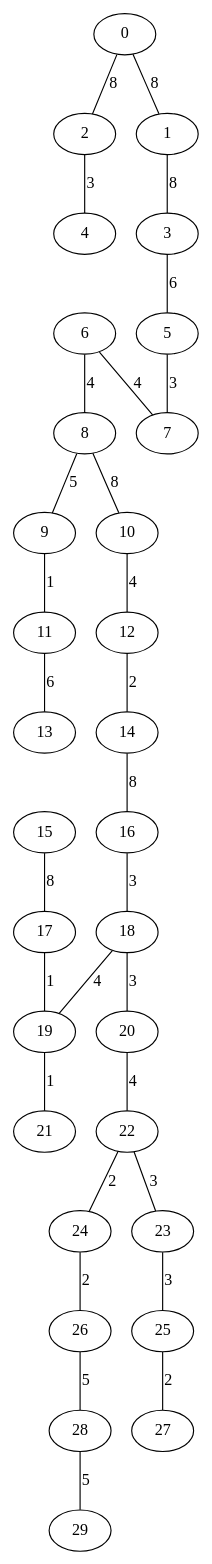
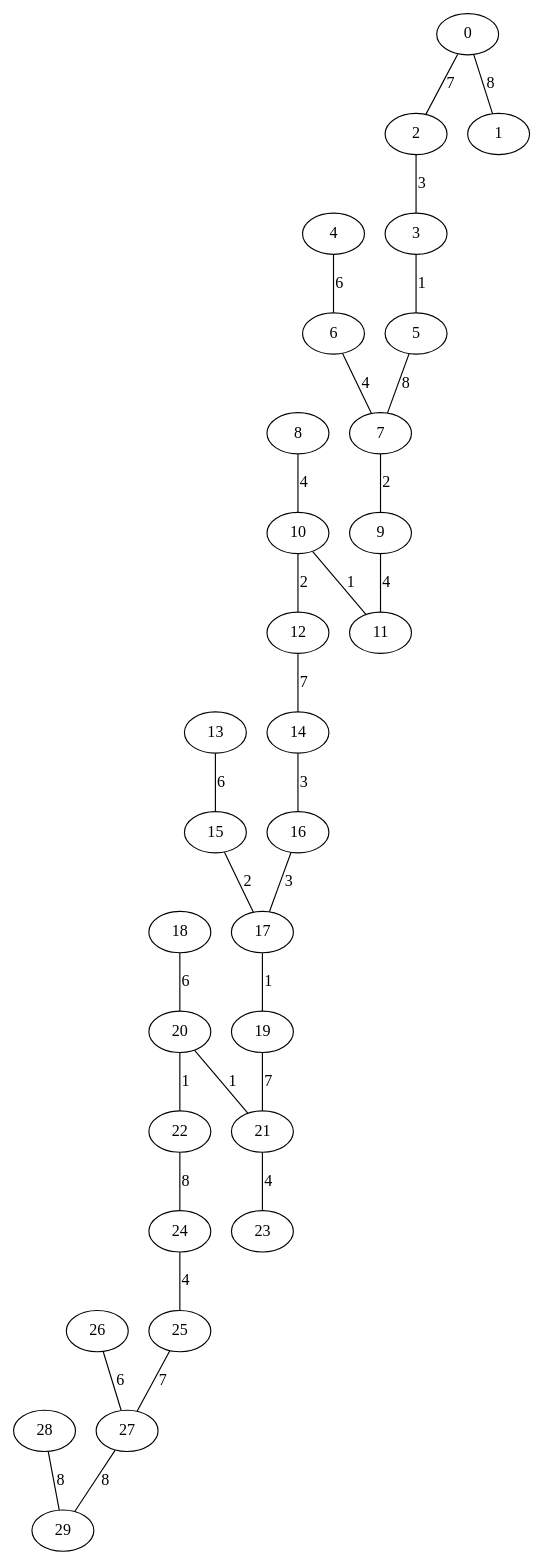
The diagram in gv/Mesh_30_Prim.gv (OmarAlejandroLinares/ProyectoDAA), drawn with Graphviz before and after one commit. The commit also changed 72 other files, not shown here.

```diff
--- a/gv/Mesh_30_Prim.gv
+++ b/gv/Mesh_30_Prim.gv
@@ -1,61 +1,61 @@
 graph {
-	9 [label=9]
+	3 [label=3]
+	5 [label=5]
+	10 [label=10]
 	11 [label=11]
 	17 [label=17]
 	19 [label=19]
+	20 [label=20]
+	22 [label=22]
 	21 [label=21]
+	7 [label=7]
+	9 [label=9]
 	12 [label=12]
+	15 [label=15]
+	2 [label=2]
 	14 [label=14]
-	22 [label=22]
-	24 [label=24]
-	26 [label=26]
-	25 [label=25]
-	27 [label=27]
-	2 [label=2]
-	4 [label=4]
-	5 [label=5]
-	7 [label=7]
 	16 [label=16]
-	18 [label=18]
-	20 [label=20]
-	23 [label=23]
 	6 [label=6]
 	8 [label=8]
-	10 [label=10]
-	28 [label=28]
-	29 [label=29]
-	3 [label=3]
+	23 [label=23]
+	24 [label=24]
+	25 [label=25]
+	4 [label=4]
 	13 [label=13]
+	18 [label=18]
+	26 [label=26]
+	27 [label=27]
 	0 [label=0]
 	1 [label=1]
-	15 [label=15]
-	9 -- 11 [label=1]
+	29 [label=29]
+	28 [label=28]
+	3 -- 5 [label=1]
+	10 -- 11 [label=1]
 	17 -- 19 [label=1]
-	19 -- 21 [label=1]
-	12 -- 14 [label=2]
-	22 -- 24 [label=2]
-	24 -- 26 [label=2]
-	25 -- 27 [label=2]
-	2 -- 4 [label=3]
-	5 -- 7 [label=3]
-	16 -- 18 [label=3]
-	18 -- 20 [label=3]
-	22 -- 23 [label=3]
-	23 -- 25 [label=3]
-	6 -- 8 [label=4]
+	20 -- 22 [label=1]
+	20 -- 21 [label=1]
+	7 -- 9 [label=2]
+	10 -- 12 [label=2]
+	15 -- 17 [label=2]
+	2 -- 3 [label=3]
+	14 -- 16 [label=3]
+	16 -- 17 [label=3]
 	6 -- 7 [label=4]
-	10 -- 12 [label=4]
-	18 -- 19 [label=4]
-	20 -- 22 [label=4]
-	8 -- 9 [label=5]
-	26 -- 28 [label=5]
-	28 -- 29 [label=5]
-	3 -- 5 [label=6]
-	11 -- 13 [label=6]
-	0 -- 2 [label=8]
+	8 -- 10 [label=4]
+	9 -- 11 [label=4]
+	21 -- 23 [label=4]
+	24 -- 25 [label=4]
+	4 -- 6 [label=6]
+	13 -- 15 [label=6]
+	18 -- 20 [label=6]
+	26 -- 27 [label=6]
+	0 -- 2 [label=7]
+	12 -- 14 [label=7]
+	19 -- 21 [label=7]
+	25 -- 27 [label=7]
 	0 -- 1 [label=8]
-	1 -- 3 [label=8]
-	8 -- 10 [label=8]
-	14 -- 16 [label=8]
-	15 -- 17 [label=8]
+	5 -- 7 [label=8]
+	22 -- 24 [label=8]
+	27 -- 29 [label=8]
+	28 -- 29 [label=8]
 }
```
